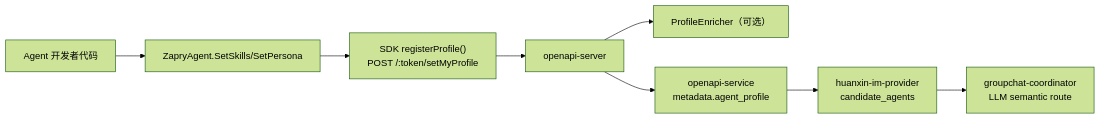
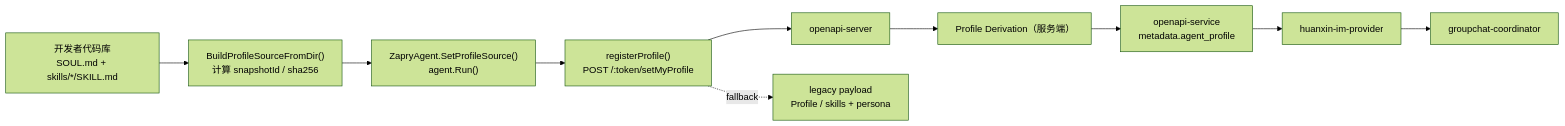
Before and after one commit to cyberFlowTech/zapry-agents-sdk-go: the first of 2 diagrams in README.md, drawn with Mermaid (forest theme). The commit also changed other lines of this file, not shown here.

Commit message:
docs(readme): 更新系统架构图与使用说明

````diff
--- a/README.md
+++ b/README.md
@@ -34,15 +27,15 @@
 ```mermaid
 flowchart LR
-  Dev["Agent 开发者代码"]
-  SDK["ZapryAgent.SetSkills/SetPersona"]
-  Register["SDK registerProfile()<br/>POST /:token/setMyProfile"]
+  DEV["开发者代码库<br/>SOUL.md + skills/*/SKILL.md"]
+  BUILD["BuildProfileSourceFromDir()<br/>计算 snapshotId / sha256"]
+  AGENT["ZapryAgent.SetProfileSource()<br/>agent.Run()"]
+  REG["registerProfile()<br/>POST /:token/setMyProfile"]
   OAS["openapi-server"]
-  Enrich["ProfileEnricher（可选）"]
-  Meta["openapi-service<br/>metadata.agent_profile"]
-  IMP["huanxin-im-provider<br/>candidate_agents"]
-  COOR["groupchat-coordinator<br/>LLM semantic route"]
+  DERIVE["Profile Derivation（服务端）"]
+  META["openapi-service<br/>metadata.agent_profile"]
+  IMP["huanxin-im-provider"]
+  COOR["groupchat-coordinator"]
 
-  Dev --> SDK --> Register --> OAS
-  OAS --> Enrich
-  OAS --> Meta --> IMP --> COOR
+  DEV --> BUILD --> AGENT --> REG --> OAS --> DERIVE --> META --> IMP --> COOR
+  REG -. fallback .-> LEGACY["legacy payload<br/>Profile / skills + persona"]
 ```
````
